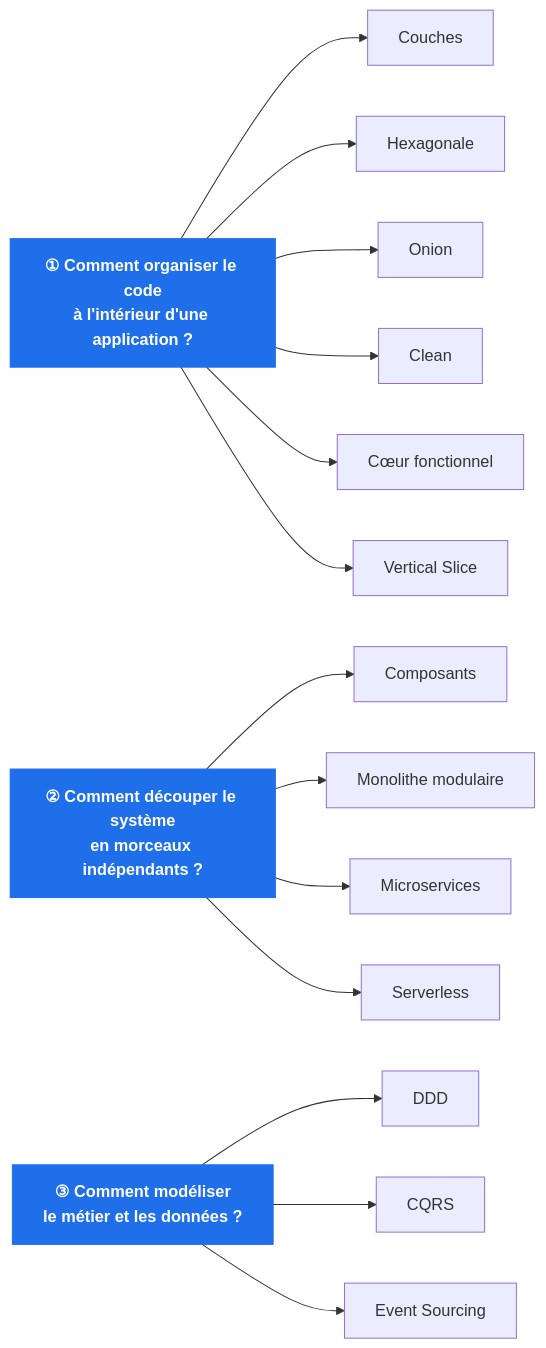
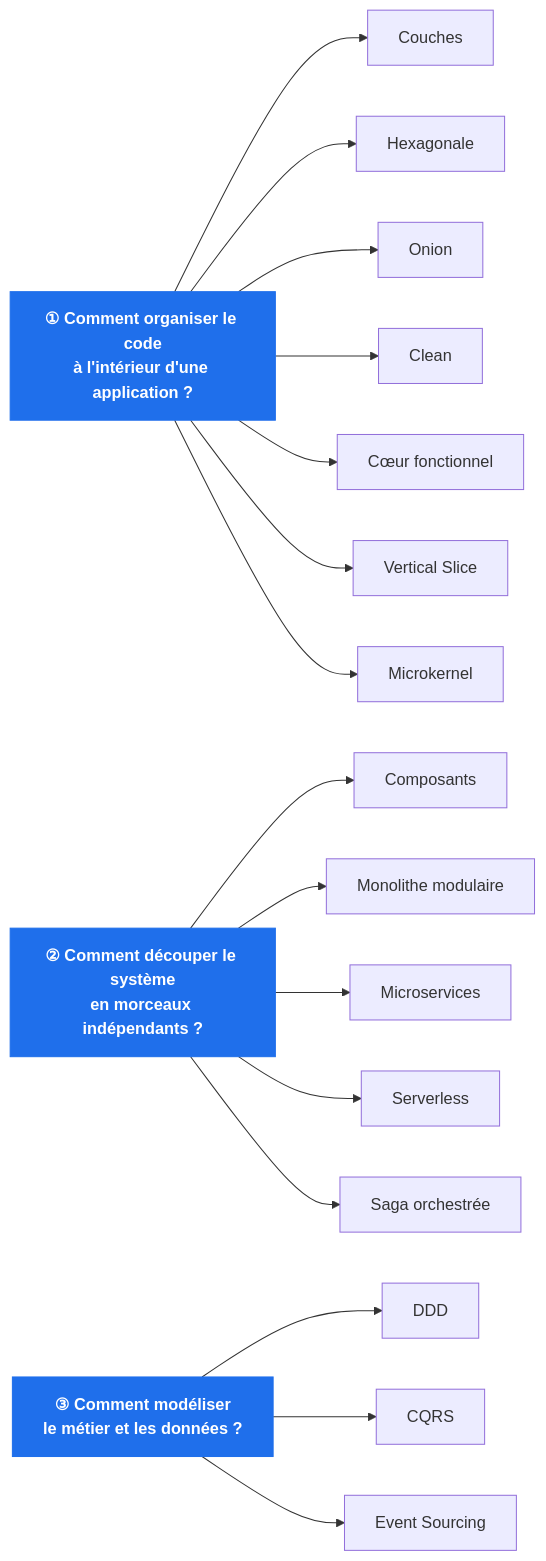
The first of 4 diagrams in Docs/README.md (drangoht/ArchitecturesDemo), drawn with Mermaid before and after one commit. The commit also changed other lines of this file and 52 other files, not shown here.

First line of the commit message:
Ajoute les démos Microkernel (plugins) et Saga orchestrée

````diff
--- a/Docs/README.md
+++ b/Docs/README.md
@@ -39,25 +41,27 @@
 ```mermaid
 flowchart LR
     Q1["<b>① Comment organiser le code<br/>à l'intérieur d'une application ?</b>"]
     Q2["<b>② Comment découper le système<br/>en morceaux indépendants ?</b>"]
     Q3["<b>③ Comment modéliser<br/>le métier et les données ?</b>"]
 
     Q1 --> C0["Couches"]
     Q1 --> C1["Hexagonale"]
     Q1 --> C2["Onion"]
     Q1 --> C3["Clean"]
     Q1 --> C4["Cœur fonctionnel"]
     Q1 --> C5["Vertical Slice"]
+    Q1 --> C13["Microkernel"]
 
     Q2 --> D6["Composants"]
     Q2 --> D7["Monolithe modulaire"]
     Q2 --> D8["Microservices"]
     Q2 --> D12["Serverless"]
+    Q2 --> D14["Saga orchestrée"]
 
     Q3 --> M11["DDD"]
     Q3 --> M9["CQRS"]
     Q3 --> M10["Event Sourcing"]
 
     classDef q fill:#1f6feb,color:#fff,stroke:#1f6feb
     class Q1,Q2,Q3 q
 ```
````
